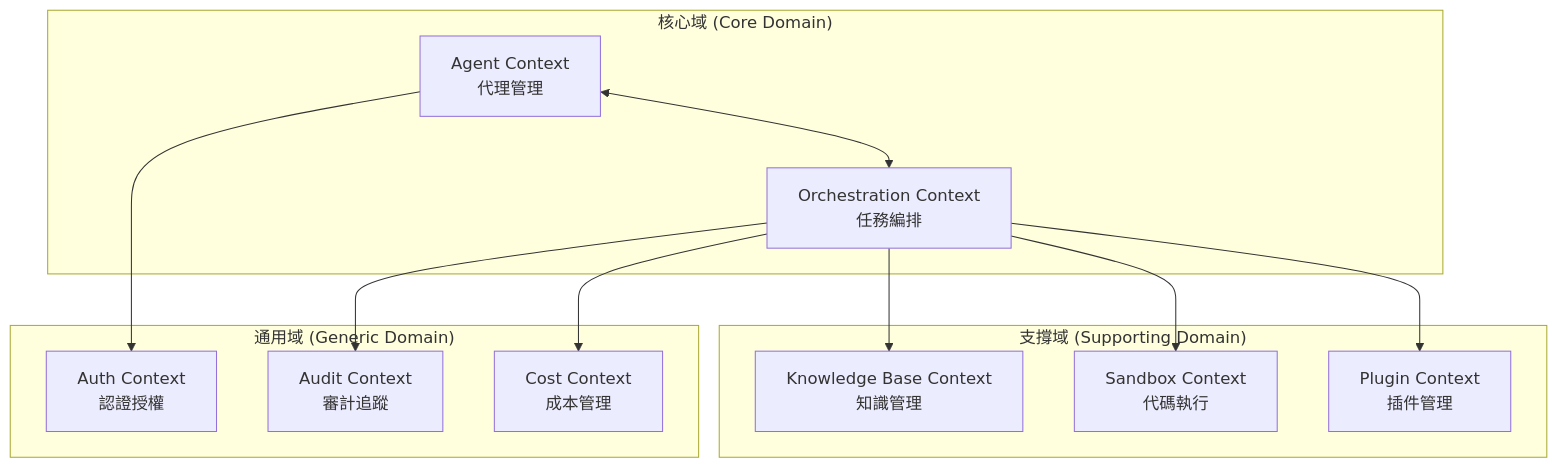
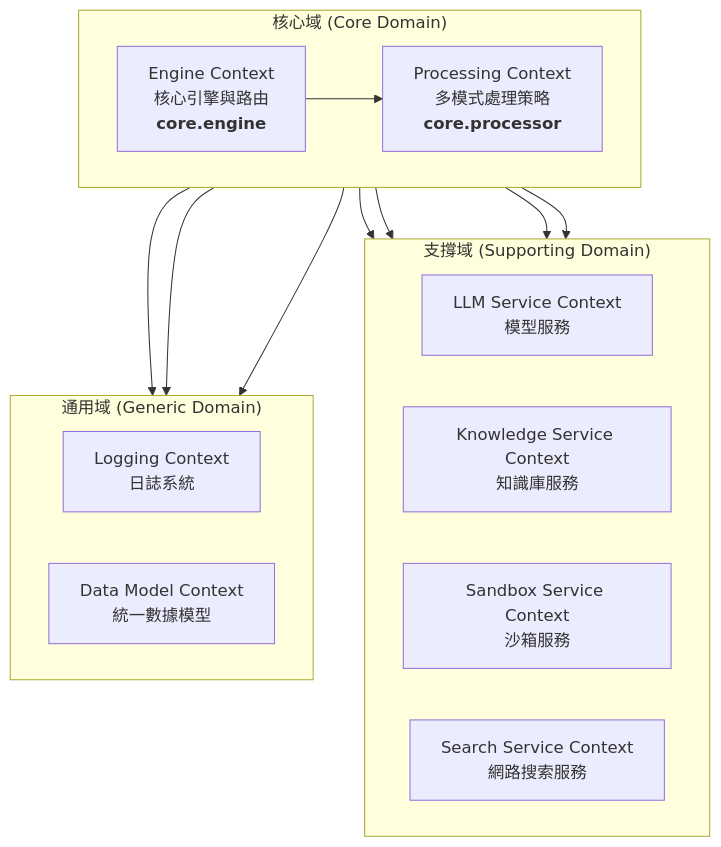
One commit to Zenobia000/openagent_backend changed the fourth of 7 diagrams in Architecture_Refactoring_Toolkit/project_docs/06_architecture_and_design_document.md. Above: the diagram before and after it, drawn with Mermaid. The commit also changed other lines of this file and 5 other files, not shown here.

````diff
--- a/Architecture_Refactoring_Toolkit/project_docs/06_architecture_and_design_document.md
+++ b/Architecture_Refactoring_Toolkit/project_docs/06_architecture_and_design_document.md
@@ -183,28 +179,32 @@
 ```mermaid
 graph TB
     subgraph "核心域 (Core Domain)"
-        AgentCtx[Agent Context<br/>代理管理]
-        OrchCtx[Orchestration Context<br/>任務編排]
+        direction LR
+        EngineCtx[Engine Context<br>核心引擎與路由<br><b>core.engine</b>]
+        ProcessingCtx[Processing Context<br>多模式處理策略<br><b>core.processor</b>]
     end
 
     subgraph "支撐域 (Supporting Domain)"
-        KBCtx[Knowledge Base Context<br/>知識管理]
-        SandboxCtx[Sandbox Context<br/>代碼執行]
-        PluginCtx[Plugin Context<br/>插件管理]
+        direction LR
+        LLMCtx[LLM Service Context<br>模型服務]
+        KnowledgeCtx[Knowledge Service Context<br>知識庫服務]
+        SandboxCtx[Sandbox Service Context<br>沙箱服務]
+        SearchCtx[Search Service Context<br>網路搜索服務]
     end
 
     subgraph "通用域 (Generic Domain)"
-        AuthCtx[Auth Context<br/>認證授權]
-        AuditCtx[Audit Context<br/>審計追蹤]
-        CostCtx[Cost Context<br/>成本管理]
+        direction LR
+        LoggingCtx[Logging Context<br>日誌系統]
+        ModelCtx[Data Model Context<br>統一數據模型]
     end
 
-    AgentCtx <--> OrchCtx
-    OrchCtx --> KBCtx
-    OrchCtx --> SandboxCtx
-    OrchCtx --> PluginCtx
-
-    AgentCtx --> AuthCtx
-    OrchCtx --> AuditCtx
-    OrchCtx --> CostCtx
+    EngineCtx --> ProcessingCtx
+    ProcessingCtx --> LLMCtx
+    ProcessingCtx --> KnowledgeCtx
+    ProcessingCtx --> SandboxCtx
+    ProcessingCtx --> SearchCtx
+    
+    EngineCtx --> LoggingCtx
+    EngineCtx --> ModelCtx
+    ProcessingCtx --> ModelCtx
 ```
````
